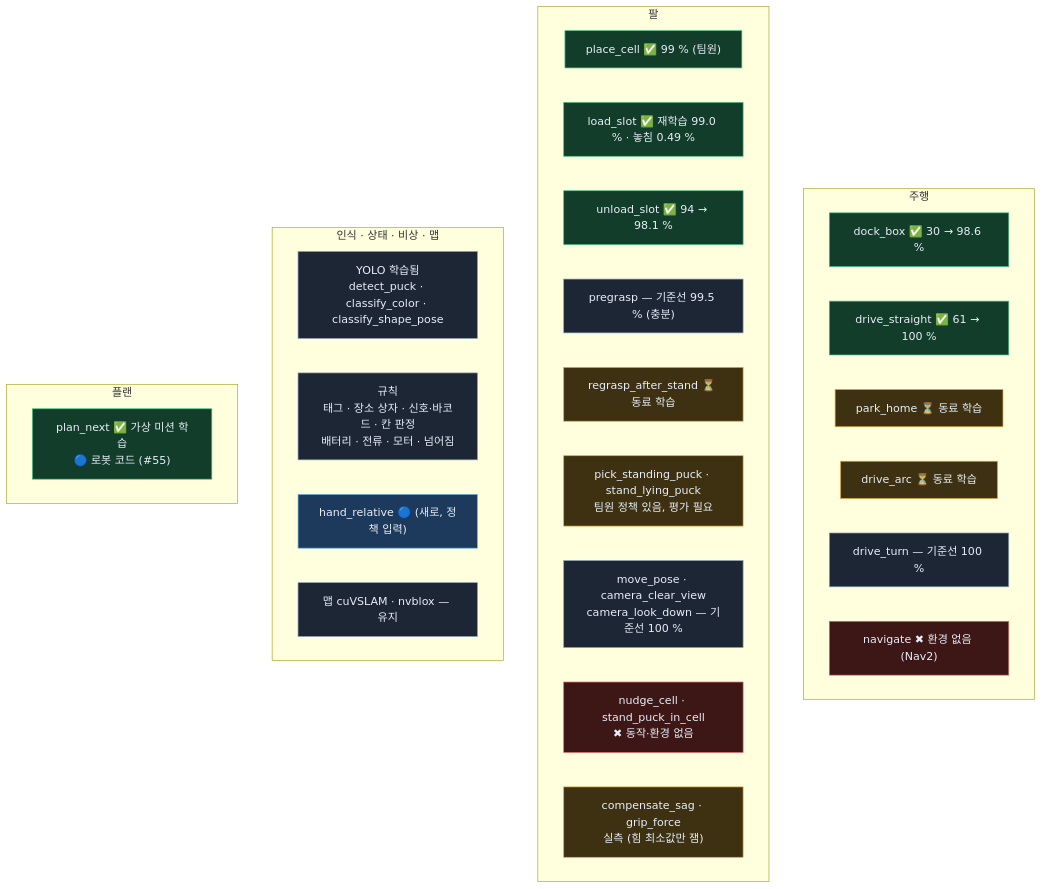
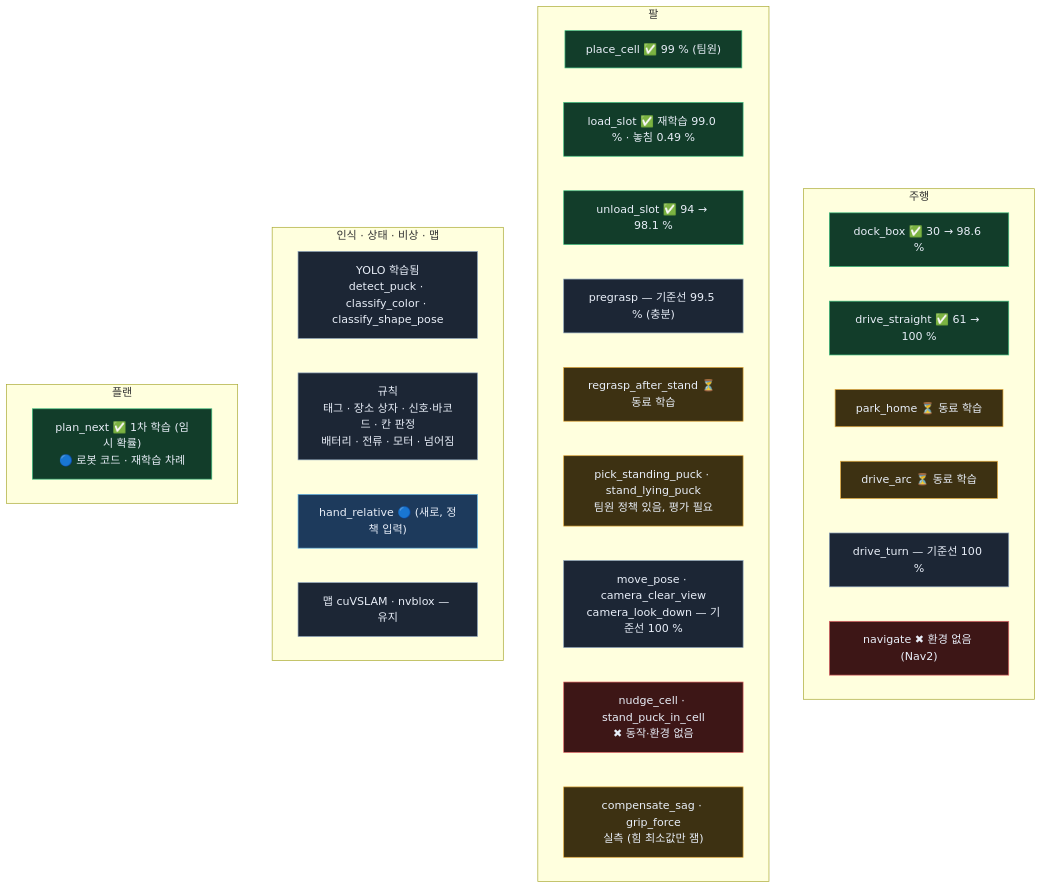
One commit to JuneKunst/JuneKunst.github.io changed the seventh of 9 diagrams in bee/system-map.md. Above: the diagram before and after it, drawn with Mermaid. The commit also changed other lines of this file and 18 other files, not shown here.

````diff
--- a/bee/system-map.md
+++ b/bee/system-map.md
@@ -282,36 +281,36 @@
 ```mermaid
 flowchart TB
   subgraph g4_DRIVE["주행"]
     g4_d1["dock_box ✅ 30 → 98.6 %"]:::ok
     g4_d2["drive_straight ✅ 61 → 100 %"]:::ok
     g4_d3["park_home ⏳ 동료 학습"]:::wip
     g4_d4["drive_arc ⏳ 동료 학습"]:::wip
     g4_d5["drive_turn — 기준선 100 %"]:::keep
     g4_d6["navigate ✖ 환경 없음 (Nav2)"]:::no
   end
   subgraph g4_ARM["팔"]
     g4_a1["place_cell ✅ 99 % (팀원)"]:::ok
     g4_a2["load_slot ✅ 재학습 99.0 % · 놓침 0.49 %"]:::ok
     g4_a3["unload_slot ✅ 94 → 98.1 %"]:::ok
     g4_a4["pregrasp — 기준선 99.5 % (충분)"]:::keep
     g4_a5["regrasp_after_stand ⏳ 동료 학습"]:::wip
     g4_a6["pick_standing_puck · stand_lying_puck<br/>팀원 정책 있음, 평가 필요"]:::wip
     g4_a7["move_pose · camera_clear_view<br/>camera_look_down — 기준선 100 %"]:::keep
     g4_a8["nudge_cell · stand_puck_in_cell<br/>✖ 동작·환경 없음"]:::no
     g4_a9["compensate_sag · grip_force<br/>실측 (힘 최소값만 잼)"]:::wip
   end
   subgraph g4_SENSE["인식 · 상태 · 비상 · 맵"]
     g4_s1["YOLO 학습됨<br/>detect_puck · classify_color · classify_shape_pose"]:::keep
     g4_s2["규칙<br/>태그 · 장소 상자 · 신호·바코드 · 칸 판정<br/>배터리 · 전류 · 모터 · 넘어짐"]:::keep
     g4_s3["hand_relative 🔵 (새로, 정책 입력)"]:::code
     g4_s4["맵 cuVSLAM · nvblox — 유지"]:::keep
   end
   subgraph g4_PLANS["플랜"]
-    g4_p1["plan_next ✅ 가상 미션 학습<br/>🔵 로봇 코드 (#55)"]:::ok
+    g4_p1["plan_next ✅ 1차 학습 (임시 확률)<br/>🔵 로봇 코드 · 재학습 차례"]:::ok
   end
   classDef ok fill:#123d2a,stroke:#3fbf7f,color:#e8eef8
   classDef code fill:#1d3a5c,stroke:#67b7e8,color:#e8eef8
   classDef wip fill:#3d3112,stroke:#e2a83a,color:#e8eef8
   classDef no fill:#3d1616,stroke:#e06666,color:#e8eef8
   classDef keep fill:#1c2635,stroke:#8aa0b8,color:#e8eef8
 ```
````
